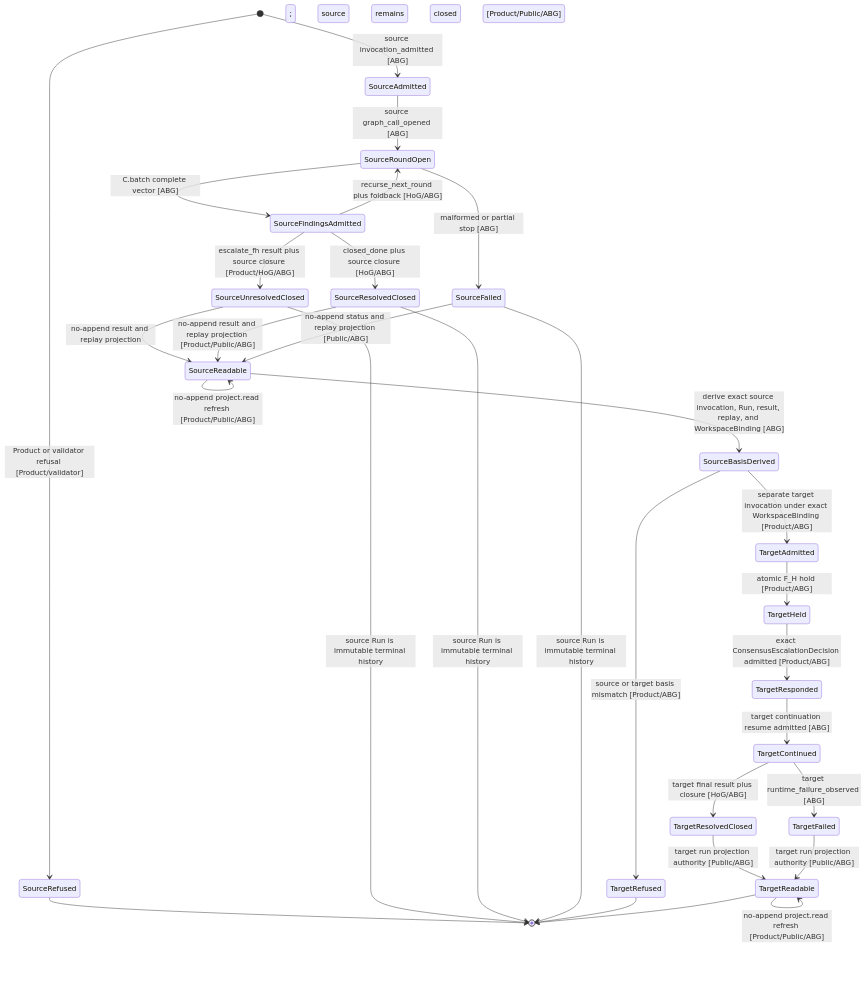
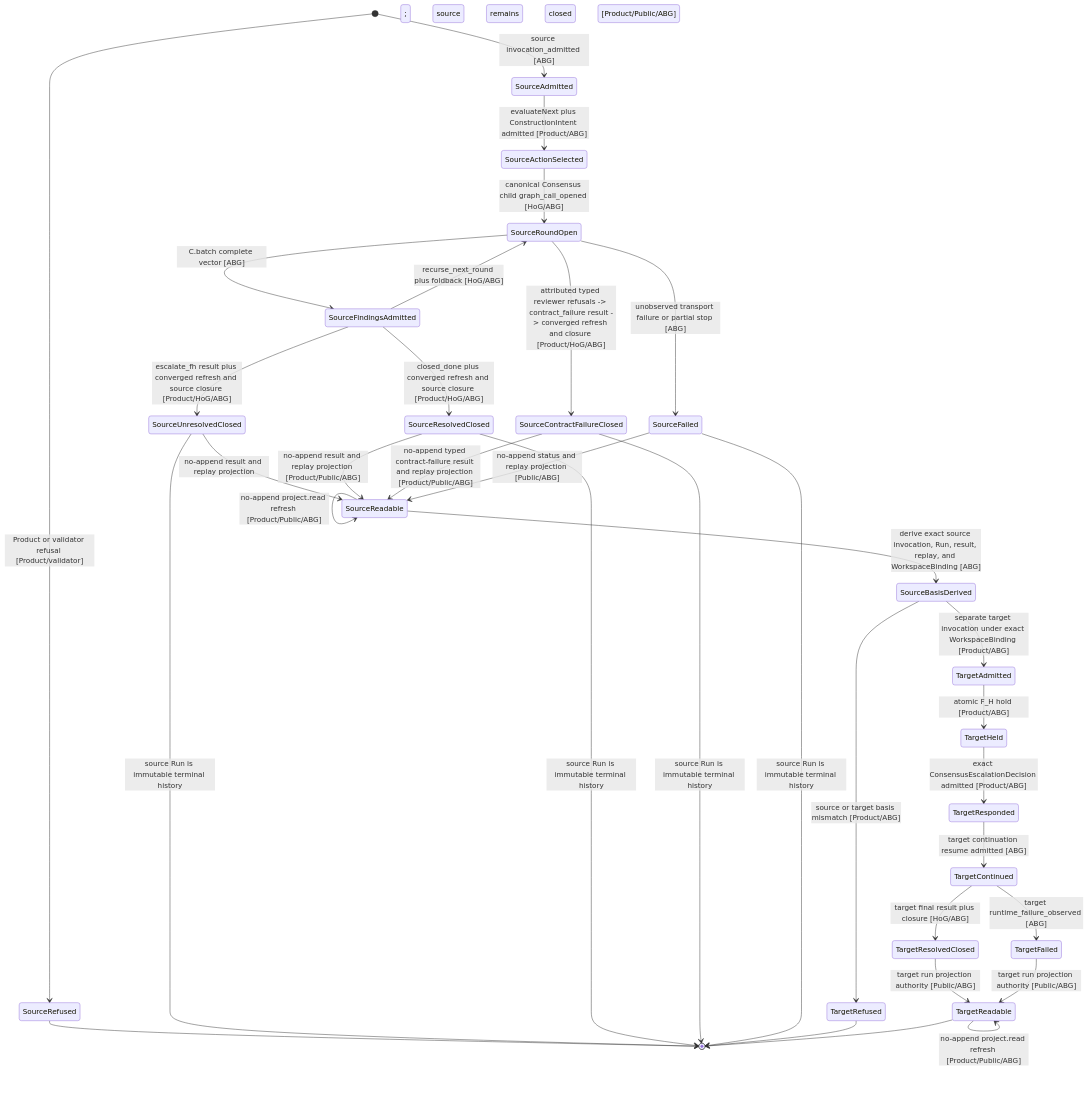
One commit to foolishimp/abiogenesis changed the tenth of 10 diagrams in build_tenants/abiogenesis/typescript/design/M05_DIRECT_GTL_TRAVERSAL_EXPANSION_DESIGN.md. Above: the diagram before and after it, drawn with Mermaid. The commit also changed other lines of this file and 19 other files, not shown here.

Commit message:
fix(m5): bind consensus product proof to one surface

````diff
--- a/build_tenants/abiogenesis/typescript/design/M05_DIRECT_GTL_TRAVERSAL_EXPANSION_DESIGN.md
+++ b/build_tenants/abiogenesis/typescript/design/M05_DIRECT_GTL_TRAVERSAL_EXPANSION_DESIGN.md
@@ -2717,32 +2833,36 @@
 ```mermaid
 stateDiagram-v2
   [*] --> SourceRefused: Product or validator refusal [Product/validator]
   [*] --> SourceAdmitted: source invocation_admitted [ABG]
-  SourceAdmitted --> SourceRoundOpen: source graph_call_opened [ABG]
+  SourceAdmitted --> SourceActionSelected: evaluateNext plus ConstructionIntent admitted [Product/ABG]
+  SourceActionSelected --> SourceRoundOpen: canonical Consensus child graph_call_opened [HoG/ABG]
   SourceRoundOpen --> SourceFindingsAdmitted: C.batch complete vector [ABG]
-  SourceRoundOpen --> SourceFailed: malformed or partial stop [ABG]
+  SourceRoundOpen --> SourceContractFailureClosed: attributed typed reviewer refusals -> contract_failure result -> converged refresh and closure [Product/HoG/ABG]
+  SourceRoundOpen --> SourceFailed: unobserved transport failure or partial stop [ABG]
   SourceFindingsAdmitted --> SourceRoundOpen: recurse_next_round plus foldback [HoG/ABG]
-  SourceFindingsAdmitted --> SourceUnresolvedClosed: escalate_fh result plus source closure [Product/HoG/ABG]
-  SourceFindingsAdmitted --> SourceResolvedClosed: closed_done plus source closure [HoG/ABG]
+  SourceFindingsAdmitted --> SourceUnresolvedClosed: escalate_fh result plus converged refresh and source closure [Product/HoG/ABG]
+  SourceFindingsAdmitted --> SourceResolvedClosed: closed_done plus converged refresh and source closure [Product/HoG/ABG]
   SourceUnresolvedClosed --> SourceReadable: no-append result and replay projection; source remains closed [Product/Public/ABG]
   SourceResolvedClosed --> SourceReadable: no-append result and replay projection [Product/Public/ABG]
+  SourceContractFailureClosed --> SourceReadable: no-append typed contract-failure result and replay projection [Product/Public/ABG]
   SourceFailed --> SourceReadable: no-append status and replay projection [Public/ABG]
   SourceReadable --> SourceReadable: no-append project.read refresh [Product/Public/ABG]
   SourceReadable --> SourceBasisDerived: derive exact source invocation, Run, result, replay, and WorkspaceBinding [ABG]
   SourceBasisDerived --> TargetRefused: source or target basis mismatch [Product/ABG]
   SourceBasisDerived --> TargetAdmitted: separate target invocation under exact WorkspaceBinding [Product/ABG]
   TargetAdmitted --> TargetHeld: atomic F_H hold [Product/ABG]
   TargetHeld --> TargetResponded: exact ConsensusEscalationDecision admitted [Product/ABG]
   TargetResponded --> TargetContinued: target continuation resume admitted [ABG]
   TargetContinued --> TargetResolvedClosed: target final result plus closure [HoG/ABG]
   TargetContinued --> TargetFailed: target runtime_failure_observed [ABG]
   TargetResolvedClosed --> TargetReadable: target run projection authority [Public/ABG]
   TargetFailed --> TargetReadable: target run projection authority [Public/ABG]
   TargetReadable --> TargetReadable: no-append project.read refresh [Product/Public/ABG]
   SourceRefused --> [*]
   SourceUnresolvedClosed --> [*]: source Run is immutable terminal history
   SourceResolvedClosed --> [*]: source Run is immutable terminal history
+  SourceContractFailureClosed --> [*]: source Run is immutable terminal history
   SourceFailed --> [*]: source Run is immutable terminal history
   TargetRefused --> [*]
   TargetReadable --> [*]
 ```
````
